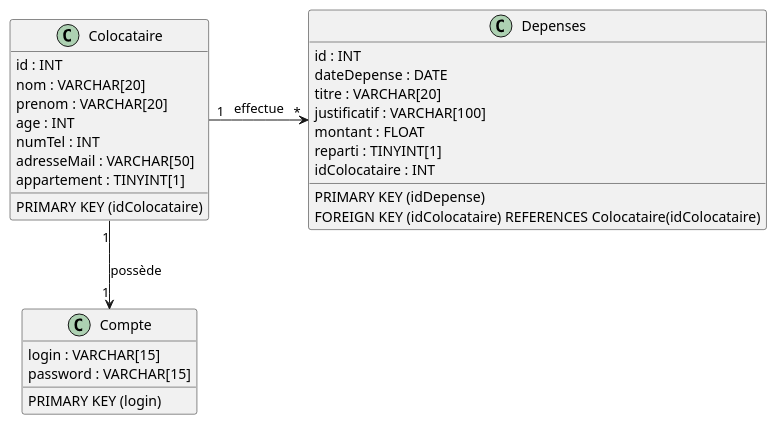
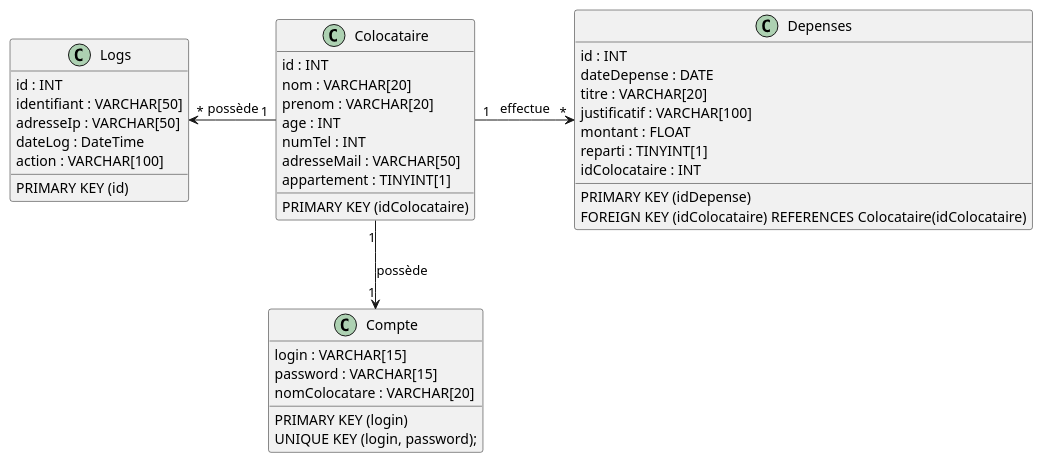
One commit to MihutaMihail/application_crous changed the sixth of 7 diagrams in README.md. Above: the diagram before and after it, drawn with PlantUML. The commit also changed other lines of this file and 4 other files, not shown here.

````diff
--- a/README.md
+++ b/README.md
@@ -228,37 +229,49 @@
 ```plantuml
 @startuml model1
 scale 1
 
 class Depenses {
   id : INT
   dateDepense : DATE
   titre : VARCHAR[20]
   justificatif : VARCHAR[100]
   montant : FLOAT
   reparti : TINYINT[1]
   idColocataire : INT
   PRIMARY KEY (idDepense)
   FOREIGN KEY (idColocataire) REFERENCES Colocataire(idColocataire)
 }
 
 class Colocataire {
     id : INT
     nom : VARCHAR[20]
     prenom : VARCHAR[20]
     age : INT
     numTel : INT
     adresseMail : VARCHAR[50]
     appartement : TINYINT[1]
     PRIMARY KEY (idColocataire)
 }
 
 class Compte {
     login : VARCHAR[15]
     password : VARCHAR[15]
+    nomColocatare : VARCHAR[20]
     PRIMARY KEY (login)
+    UNIQUE KEY (login, password);
+}
+
+class Logs {
+    id : INT
+    identifiant : VARCHAR[50]
+    adresseIp : VARCHAR[50]
+    dateLog : DateTime
+    action : VARCHAR[100]
+    PRIMARY KEY (id)
 }
 
 Colocataire -> Depenses : "1"   effectue   "*"
 Colocataire -d-> Compte : "1" possède "1"
+Colocataire -l-> Logs : "1" possède "*"
 @enduml
 ```
````
